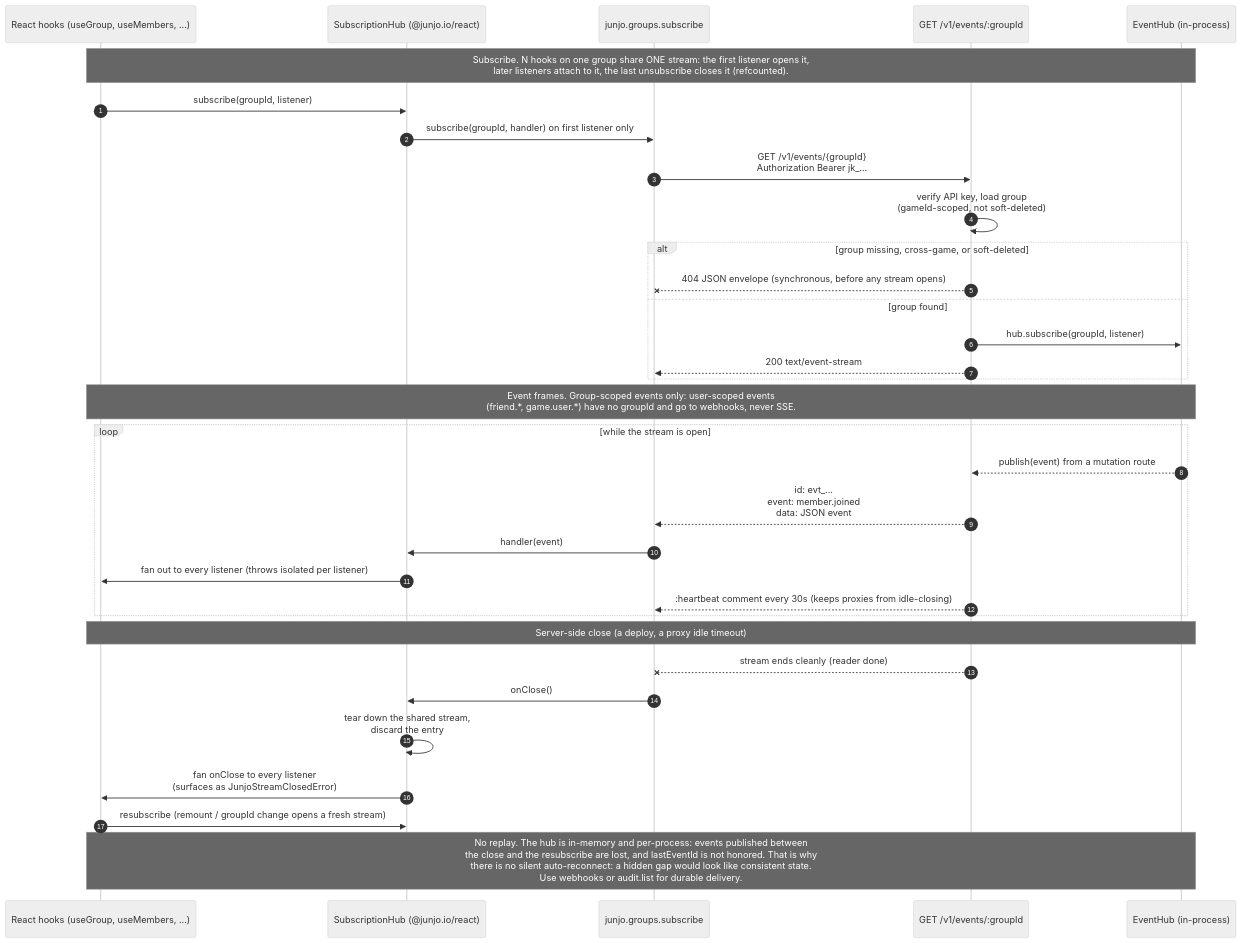
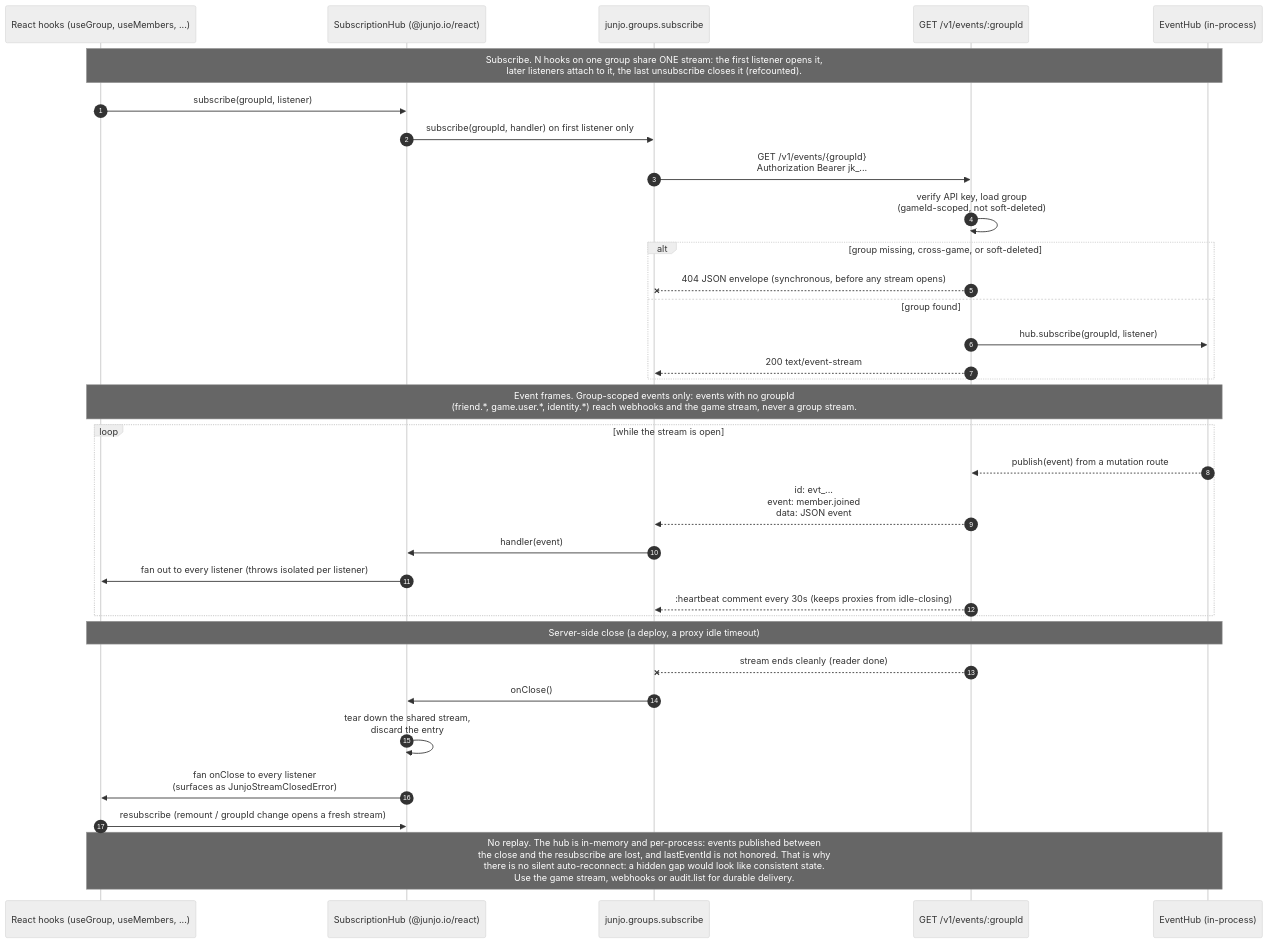
One commit to GabeCurran/junjo changed the diagram in tools/diagrams/source/sse-flow.mmd. Above: the diagram before and after it, drawn with Mermaid. The commit also changed 53 other files, not shown here.

First line of the commit message:
docs: game stream, safe writes, network features and the Java SDK

```diff
--- a/tools/diagrams/source/sse-flow.mmd
+++ b/tools/diagrams/source/sse-flow.mmd
@@ -1,38 +1,38 @@
 %%{init: {'theme': 'neutral'}}%%
 sequenceDiagram
   autonumber
   participant Hooks as React hooks (useGroup, useMembers, ...)
   participant HubR as SubscriptionHub (@junjo.io/react)
   participant SDK as junjo.groups.subscribe
   participant Server as GET /v1/events/:groupId
   participant HubS as EventHub (in-process)
 
   Note over Hooks,HubS: Subscribe. N hooks on one group share ONE stream: the first listener opens it,<br/>later listeners attach to it, the last unsubscribe closes it (refcounted).
   Hooks->>HubR: subscribe(groupId, listener)
   HubR->>SDK: subscribe(groupId, handler) on first listener only
   SDK->>Server: GET /v1/events/{groupId}<br/>Authorization Bearer jk_...
   Server->>Server: verify API key, load group<br/>(gameId-scoped, not soft-deleted)
   alt group missing, cross-game, or soft-deleted
     Server--xSDK: 404 JSON envelope (synchronous, before any stream opens)
   else group found
     Server->>HubS: hub.subscribe(groupId, listener)
     Server-->>SDK: 200 text/event-stream
   end
 
-  Note over Hooks,HubS: Event frames. Group-scoped events only: user-scoped events<br/>(friend.*, game.user.*) have no groupId and go to webhooks, never SSE.
+  Note over Hooks,HubS: Event frames. Group-scoped events only: events with no groupId<br/>(friend.*, game.user.*, identity.*) reach webhooks and the game stream, never a group stream.
   loop while the stream is open
     HubS-->>Server: publish(event) from a mutation route
     Server-->>SDK: id: evt_...<br/>event: member.joined<br/>data: JSON event
     SDK->>HubR: handler(event)
     HubR->>Hooks: fan out to every listener (throws isolated per listener)
     Server-->>SDK: :heartbeat comment every 30s (keeps proxies from idle-closing)
   end
 
   Note over Hooks,HubS: Server-side close (a deploy, a proxy idle timeout)
   Server--xSDK: stream ends cleanly (reader done)
   SDK->>HubR: onClose()
   HubR->>HubR: tear down the shared stream,<br/>discard the entry
   HubR->>Hooks: fan onClose to every listener<br/>(surfaces as JunjoStreamClosedError)
   Hooks->>HubR: resubscribe (remount / groupId change opens a fresh stream)
 
-  Note over Hooks,HubS: No replay. The hub is in-memory and per-process: events published between<br/>the close and the resubscribe are lost, and lastEventId is not honored. That is why<br/>there is no silent auto-reconnect: a hidden gap would look like consistent state.<br/>Use webhooks or audit.list for durable delivery.
+  Note over Hooks,HubS: No replay. The hub is in-memory and per-process: events published between<br/>the close and the resubscribe are lost, and lastEventId is not honored. That is why<br/>there is no silent auto-reconnect: a hidden gap would look like consistent state.<br/>Use the game stream, webhooks or audit.list for durable delivery.
```
